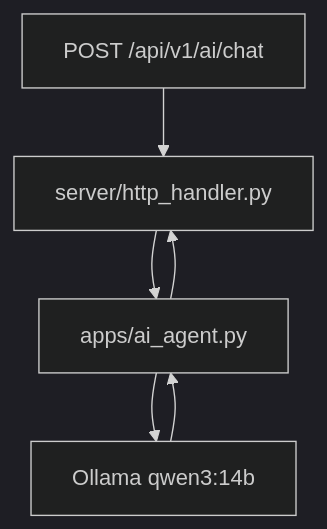
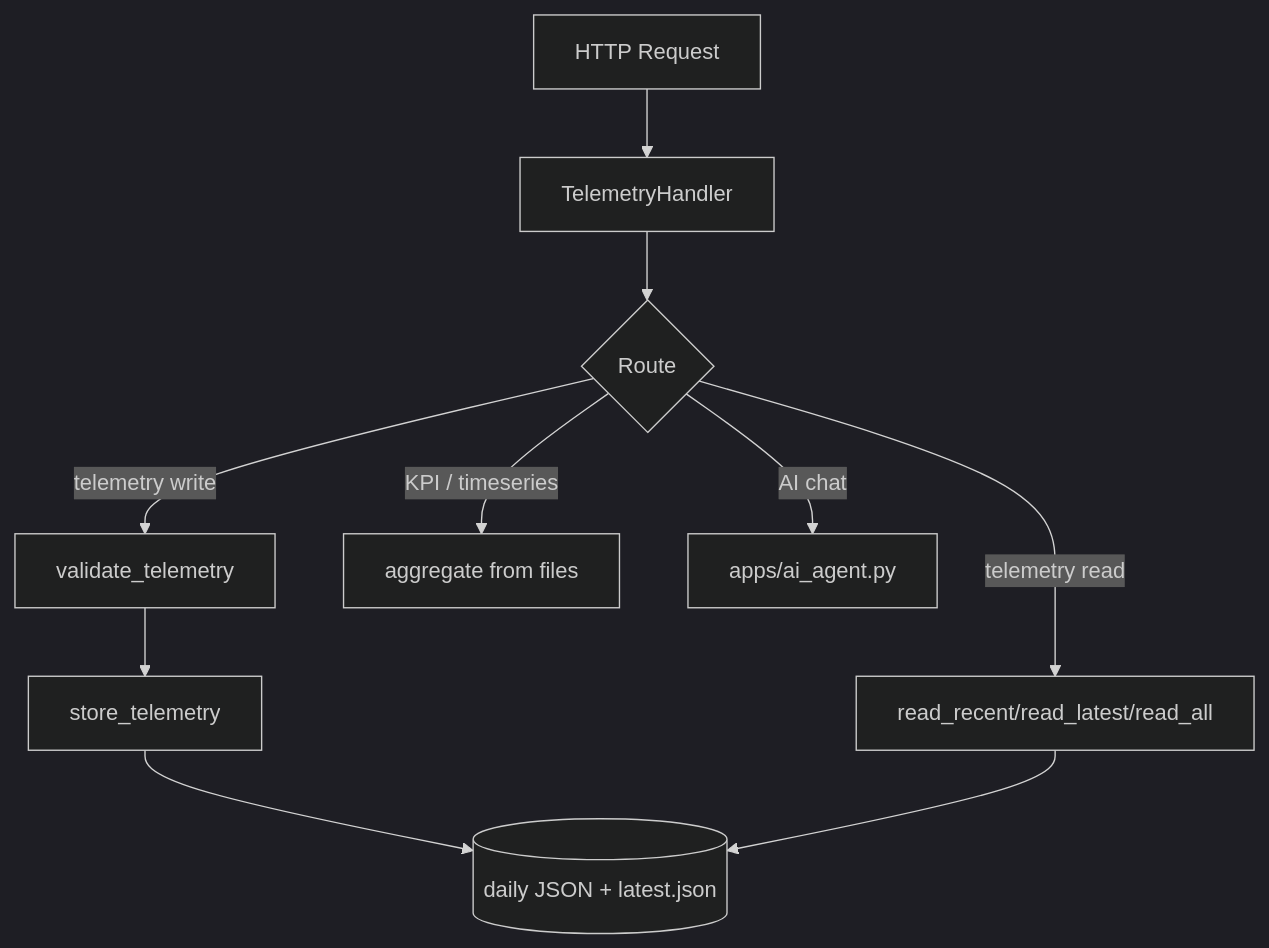
One commit to sayoon01/catenax-cobot-dataspace changed the second of 10 diagrams in server/PIPELINE.md. Above: the diagram before and after it, drawn with Mermaid (dark theme). The commit also changed other lines of this file and 3 other files, not shown here.

First line of the commit message:
docs: expand pipeline and EDC flow documentation

````diff
--- a/server/PIPELINE.md
+++ b/server/PIPELINE.md
@@ -19,8 +26,12 @@
 ```mermaid
 flowchart TD
-    Q[POST /api/v1/ai/chat] --> HH[server/http_handler.py]
-    HH --> AG[apps/ai_agent.py]
-    AG --> OLL[Ollama qwen3:14b]
-    OLL --> AG
-    AG --> HH
+    REQ[HTTP Request] --> H[TelemetryHandler]
+    H --> R{Route}
+    R -->|telemetry write| V[validate_telemetry]
+    V --> S[store_telemetry]
+    S --> FILE[(daily JSON + latest.json)]
+    R -->|telemetry read| Q[read_recent/read_latest/read_all]
+    Q --> FILE
+    R -->|KPI / timeseries| A[aggregate from files]
+    R -->|AI chat| AG[apps/ai_agent.py]
 ```
````
